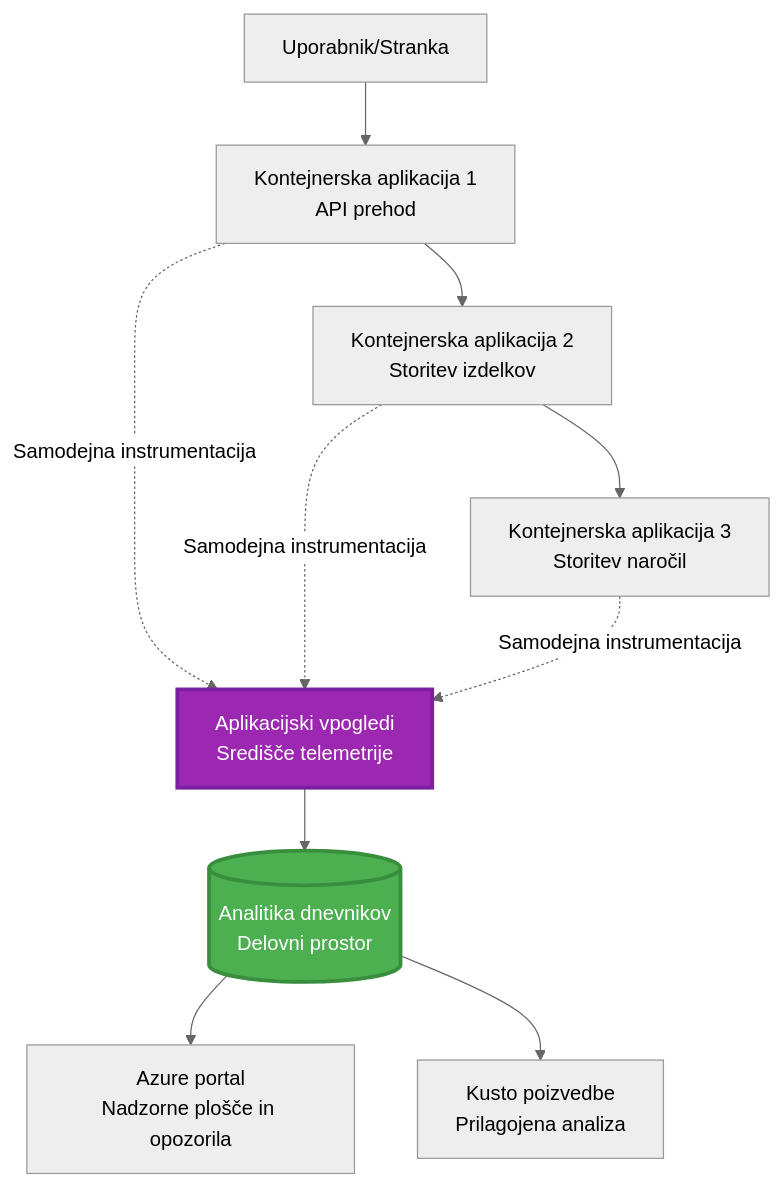
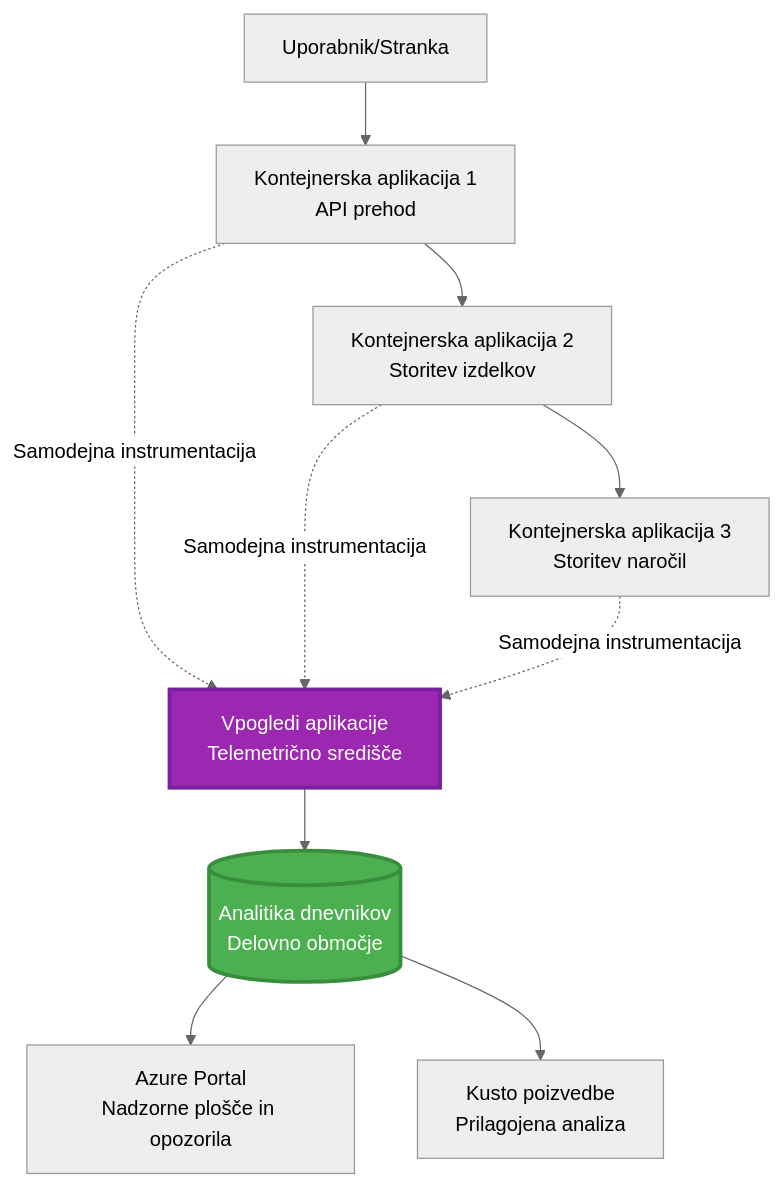
One commit to microsoft/AZD-for-beginners changed the first of 2 diagrams in translations/sl/docs/chapter-06-pre-deployment/application-insights.md. Above: the diagram before and after it, drawn with Mermaid (neutral theme). The commit also changed other lines of this file and 101 other files, not shown here.

````diff
--- a/translations/sl/docs/chapter-06-pre-deployment/application-insights.md
+++ b/translations/sl/docs/chapter-06-pre-deployment/application-insights.md
@@ -58,28 +58,28 @@
 ```mermaid
 graph TB
     User[Uporabnik/Stranka]
     App1[Kontejnerska aplikacija 1<br/>API prehod]
     App2[Kontejnerska aplikacija 2<br/>Storitev izdelkov]
     App3[Kontejnerska aplikacija 3<br/>Storitev naročil]
     
-    AppInsights[Aplikacijski vpogledi<br/>Središče telemetrije]
-    LogAnalytics[(Analitika dnevnikov<br/>Delovni prostor)]
+    AppInsights[Vpogledi aplikacije<br/>Telemetrično središče]
+    LogAnalytics[(Analitika dnevnikov<br/>Delovno območje)]
     
-    Portal[Azure portal<br/>Nadzorne plošče in opozorila]
+    Portal[Azure Portal<br/>Nadzorne plošče in opozorila]
     Query[Kusto poizvedbe<br/>Prilagojena analiza]
     
     User --> App1
     App1 --> App2
     App2 --> App3
     
     App1 -.->|Samodejna instrumentacija| AppInsights
     App2 -.->|Samodejna instrumentacija| AppInsights
     App3 -.->|Samodejna instrumentacija| AppInsights
     
     AppInsights --> LogAnalytics
     LogAnalytics --> Portal
     LogAnalytics --> Query
     
     style AppInsights fill:#9C27B0,stroke:#7B1FA2,stroke-width:3px,color:#fff
     style LogAnalytics fill:#4CAF50,stroke:#388E3C,stroke-width:3px,color:#fff
 ```
````
